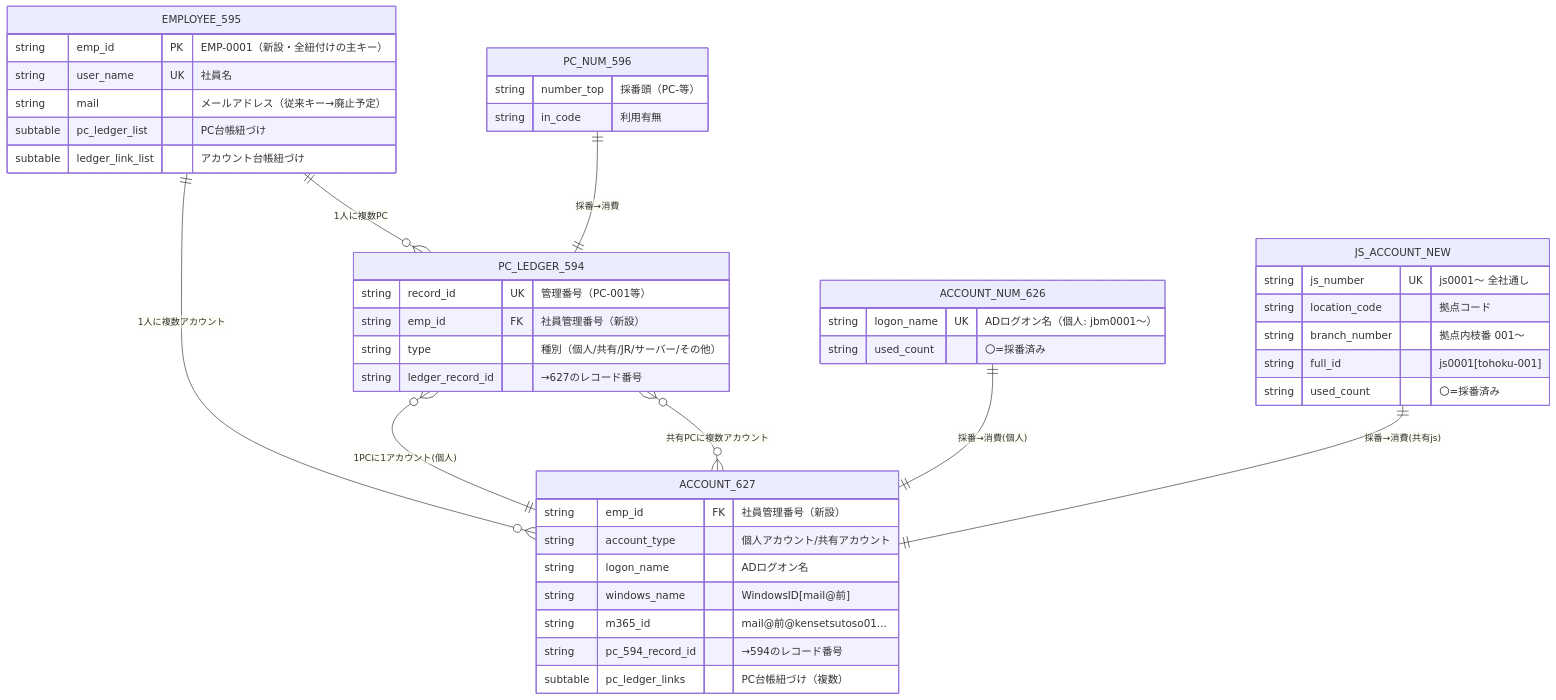
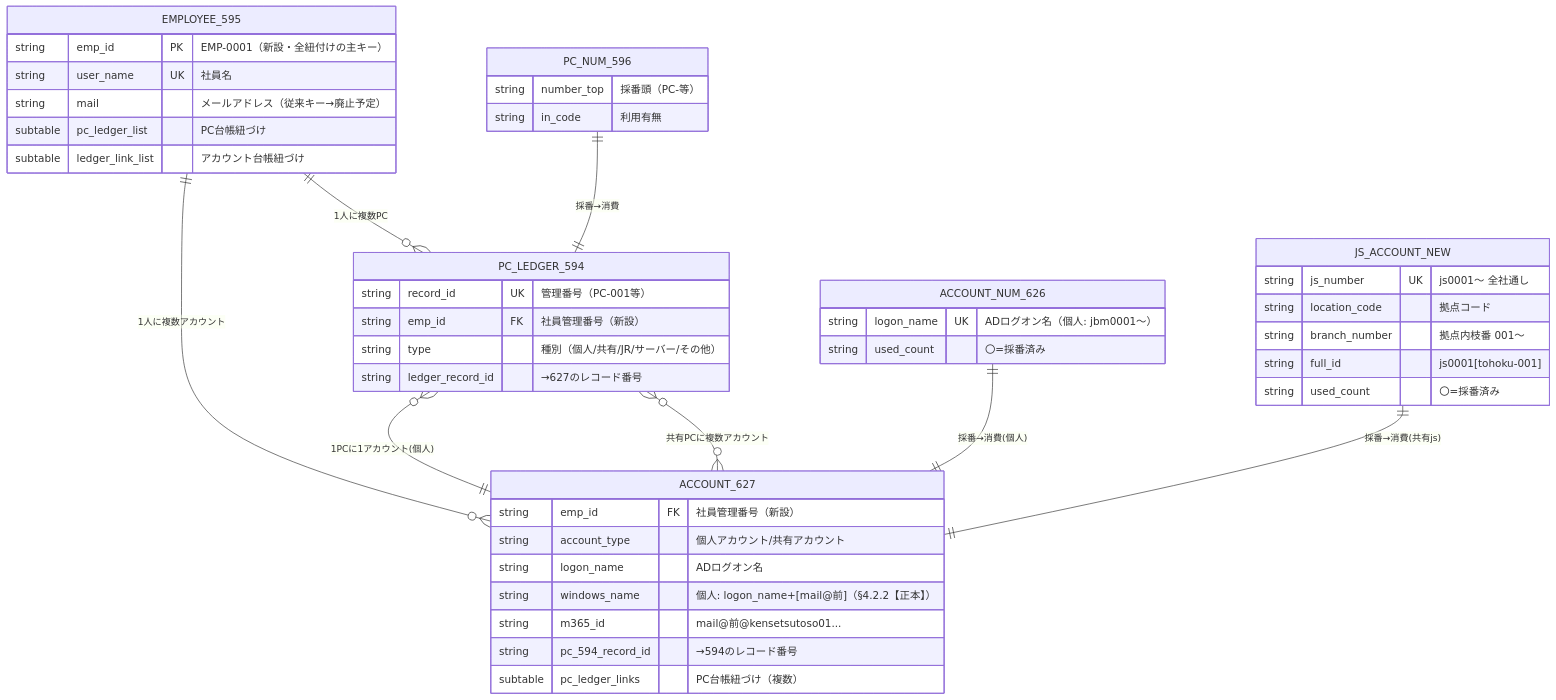
The first of 2 diagrams in docs/emp-id-js-account-design.md (mhamad4968/GitHub-Actions), drawn with Mermaid before and after one commit. The commit also changed 4 other files, not shown here.

Commit message:
docs: align windows_name auxiliary refs with §4.2.2 canonical block

````diff
--- a/docs/emp-id-js-account-design.md
+++ b/docs/emp-id-js-account-design.md
@@ -5,53 +5,53 @@
 ```mermaid
 erDiagram
     EMPLOYEE_595 ||--o{ PC_LEDGER_594 : "1人に複数PC"
     EMPLOYEE_595 ||--o{ ACCOUNT_627 : "1人に複数アカウント"
     PC_LEDGER_594 }o--|| ACCOUNT_627 : "1PCに1アカウント(個人)"
     PC_LEDGER_594 }o--o{ ACCOUNT_627 : "共有PCに複数アカウント"
     ACCOUNT_NUM_626 ||--|| ACCOUNT_627 : "採番→消費(個人)"
     JS_ACCOUNT_NEW ||--|| ACCOUNT_627 : "採番→消費(共有js)"
     PC_NUM_596 ||--|| PC_LEDGER_594 : "採番→消費"
 
     EMPLOYEE_595 {
         string emp_id PK "EMP-0001（新設・全紐付けの主キー）"
         string user_name UK "社員名"
         string mail "メールアドレス（従来キー→廃止予定）"
         subtable pc_ledger_list "PC台帳紐づけ"
         subtable ledger_link_list "アカウント台帳紐づけ"
     }
 
     PC_LEDGER_594 {
         string record_id UK "管理番号（PC-001等）"
         string emp_id FK "社員管理番号（新設）"
         string type "種別（個人/共有/JR/サーバー/その他）"
         string ledger_record_id "→627のレコード番号"
     }
 
     ACCOUNT_627 {
         string emp_id FK "社員管理番号（新設）"
         string account_type "個人アカウント/共有アカウント"
         string logon_name "ADログオン名"
-        string windows_name "WindowsID[mail@前]"
+        string windows_name "個人: logon_name+[mail@前]（§4.2.2【正本】）"
         string m365_id "mail@前@kensetsutoso01..."
         string pc_594_record_id "→594のレコード番号"
         subtable pc_ledger_links "PC台帳紐づけ（複数）"
     }
 
     ACCOUNT_NUM_626 {
         string logon_name UK "ADログオン名（個人: jbm0001〜）"
         string used_count "〇=採番済み"
     }
 
     JS_ACCOUNT_NEW {
         string js_number UK "js0001〜 全社通し"
         string location_code "拠点コード"
         string branch_number "拠点内枝番 001〜"
         string full_id "js0001[tohoku-001]"
         string used_count "〇=採番済み"
     }
 
     PC_NUM_596 {
         string number_top "採番頭（PC-等）"
         string in_code "利用有無"
     }
 ```
````
